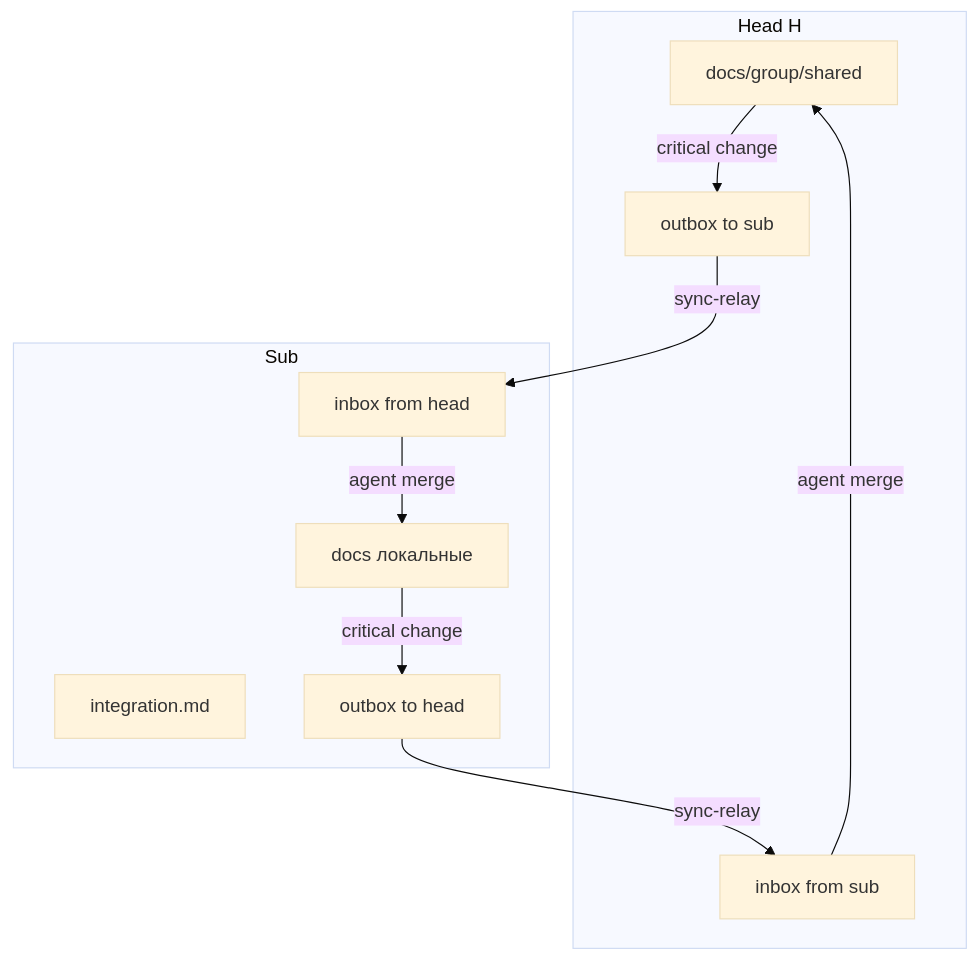
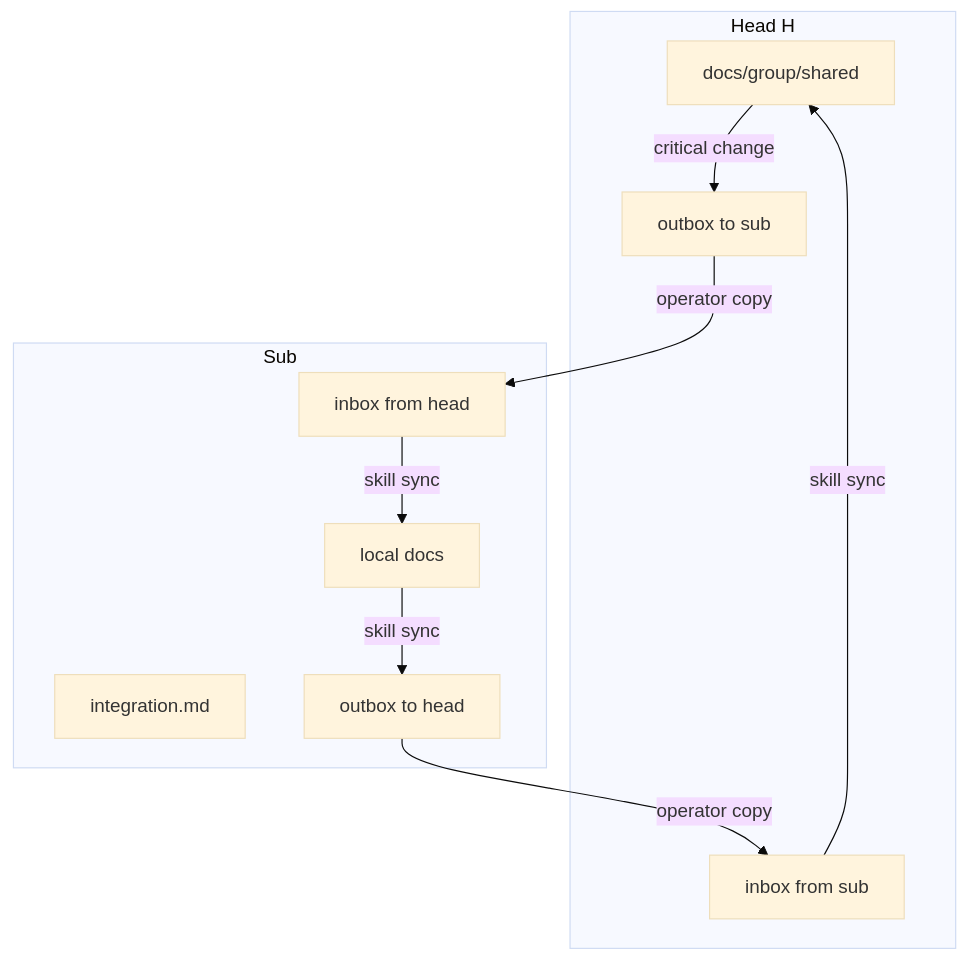
The diagram in docs/canons/documentation.md (ai6i4yvu6147-coder/1c-config-mcp-server), drawn with Mermaid (base theme) before and after one commit. The commit also changed other lines of this file and 37 other files, not shown here.

````diff
--- a/docs/canons/documentation.md
+++ b/docs/canons/documentation.md
@@ -11,22 +46,22 @@
 ```mermaid
 flowchart TB
  subgraph head [Head H]
  Shared[docs/group/shared]
  OutH[outbox to sub]
  InH[inbox from sub]
  end
 
  subgraph sub [Sub]
  Integ[integration.md]
  InS[inbox from head]
  OutS[outbox to head]
- LocalDocs[docs локальные]
+ LocalDocs[local docs]
  end
 
  Shared -->|critical change| OutH
- OutH -->|sync-relay| InS
- InS -->|agent merge| LocalDocs
- LocalDocs -->|critical change| OutS
- OutS -->|sync-relay| InH
- InH -->|agent merge| Shared
+ OutH -->|operator copy| InS
+ InS -->|skill sync| LocalDocs
+ LocalDocs -->|skill sync| OutS
+ OutS -->|operator copy| InH
+ InH -->|skill sync| Shared
 ```
````
